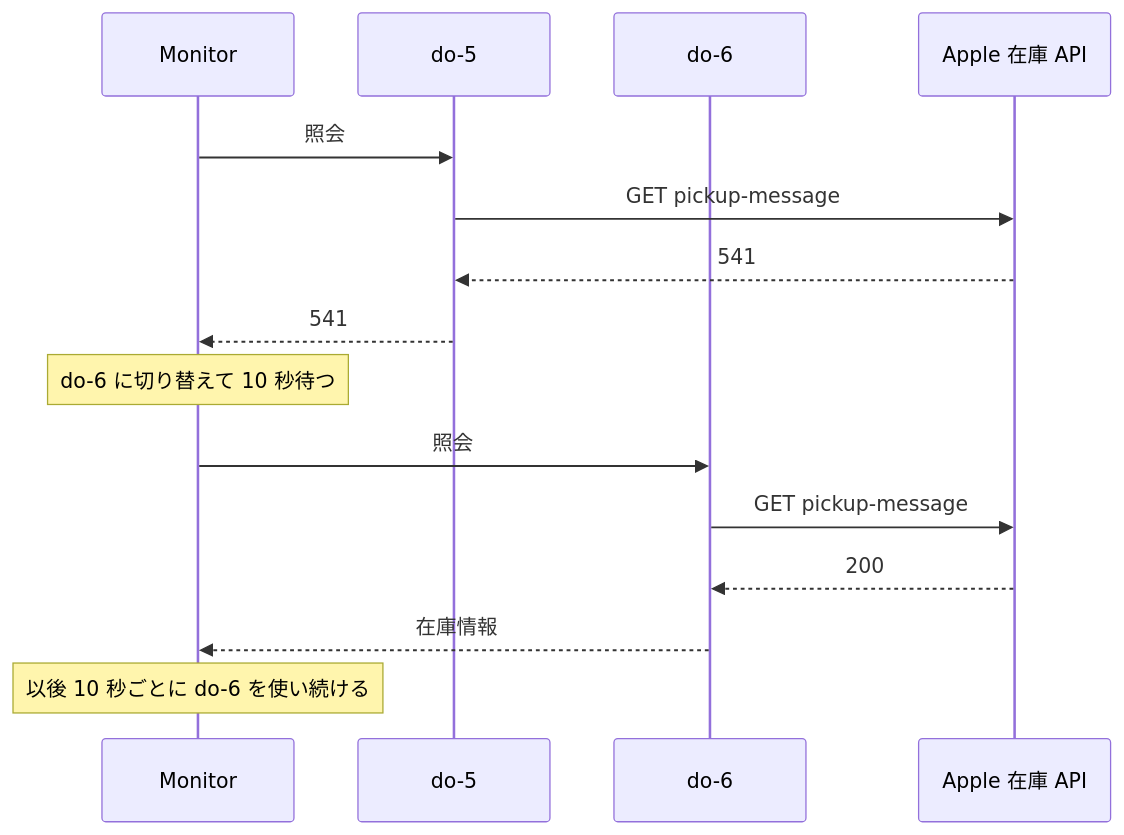
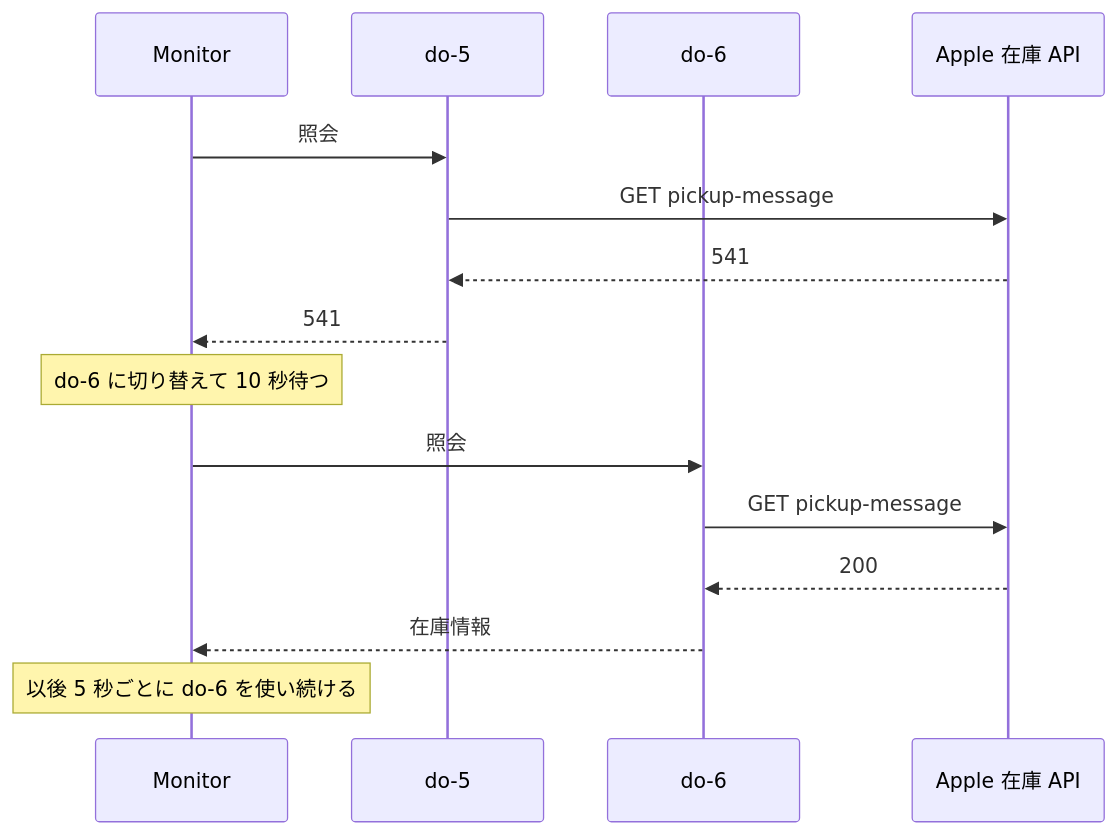
One commit to toyoshin5/duo-checker changed the third of 3 diagrams in README.md. Above: the diagram before and after it, drawn with Mermaid. The commit also changed other lines of this file and 3 other files, not shown here.

````diff
--- a/README.md
+++ b/README.md
@@ -39,17 +39,17 @@
 ```mermaid
 sequenceDiagram
     participant M as Monitor
     participant D5 as do-5
     participant D6 as do-6
     participant A as Apple 在庫 API
     M->>D5: 照会
     D5->>A: GET pickup-message
     A-->>D5: 541
     D5-->>M: 541
     Note over M: do-6 に切り替えて 10 秒待つ
     M->>D6: 照会
     D6->>A: GET pickup-message
     A-->>D6: 200
     D6-->>M: 在庫情報
-    Note over M: 以後 10 秒ごとに do-6 を使い続ける
+    Note over M: 以後 5 秒ごとに do-6 を使い続ける
 ```
````
